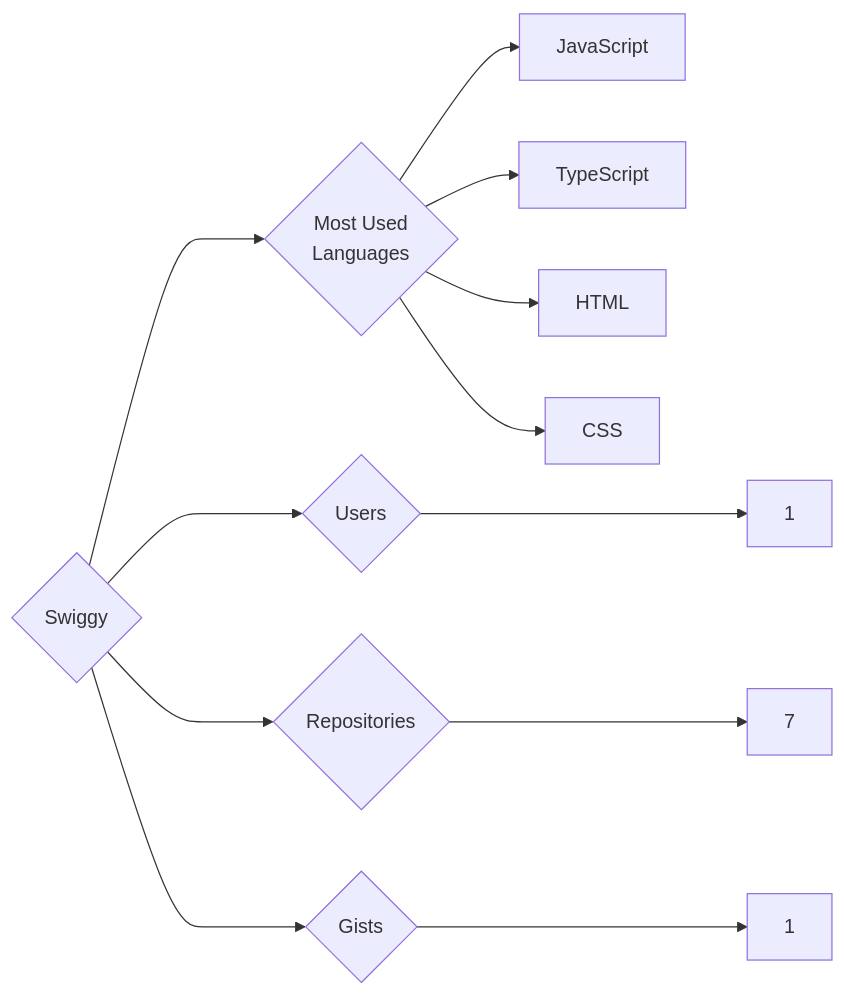
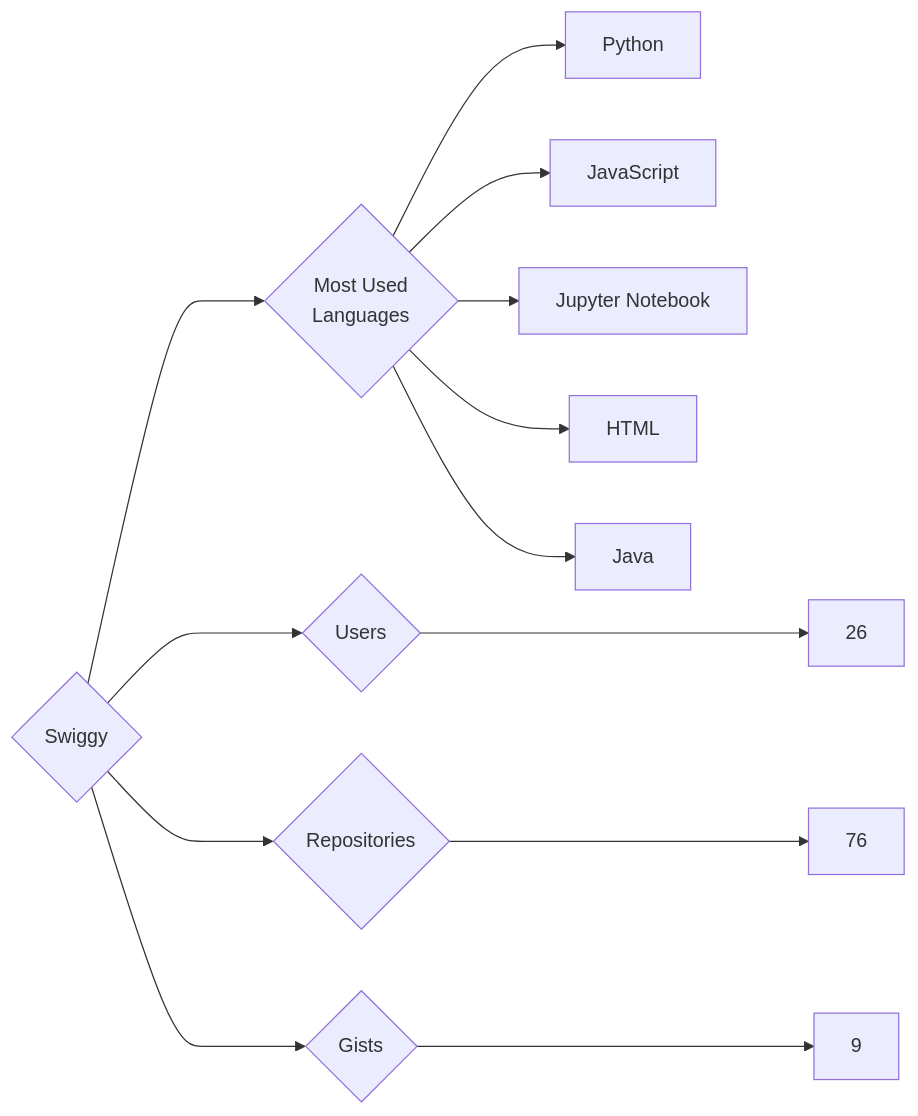
The diagram in targets/Swiggy/README.md (trickest/insiders), drawn with Mermaid before and after one commit. The commit also changed 582 other files, not shown here.

````diff
--- a/targets/Swiggy/README.md
+++ b/targets/Swiggy/README.md
@@ -3,12 +3,13 @@
 ```mermaid
 graph LR
 COMPANY_NAME{Swiggy}
-COMPANY_NAME ---> U{Users} ---> UN[1]
-COMPANY_NAME ---> R{Repositories} ---> RN[7]
-COMPANY_NAME ---> G{Gists} ---> GN[1]
+COMPANY_NAME ---> U{Users} ---> UN[26]
+COMPANY_NAME ---> R{Repositories} ---> RN[76]
+COMPANY_NAME ---> G{Gists} ---> GN[9]
 COMPANY_NAME ---> ML{Most Used<br>Languages}
+ML --> Python[Python]
 ML --> JavaScript[JavaScript]
-ML --> TypeScript[TypeScript]
+ML --> Jupyter_Notebook[Jupyter Notebook]
 ML --> HTML[HTML]
-ML --> CSS[CSS]
+ML --> Java[Java]
 ```
````
